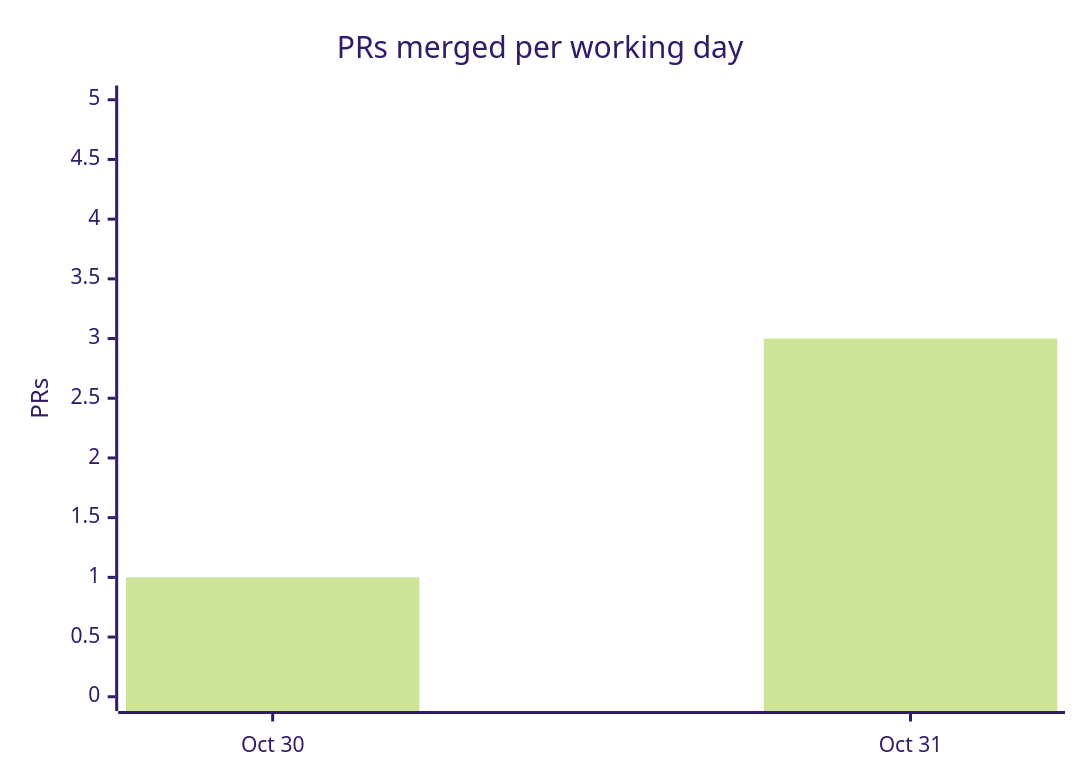
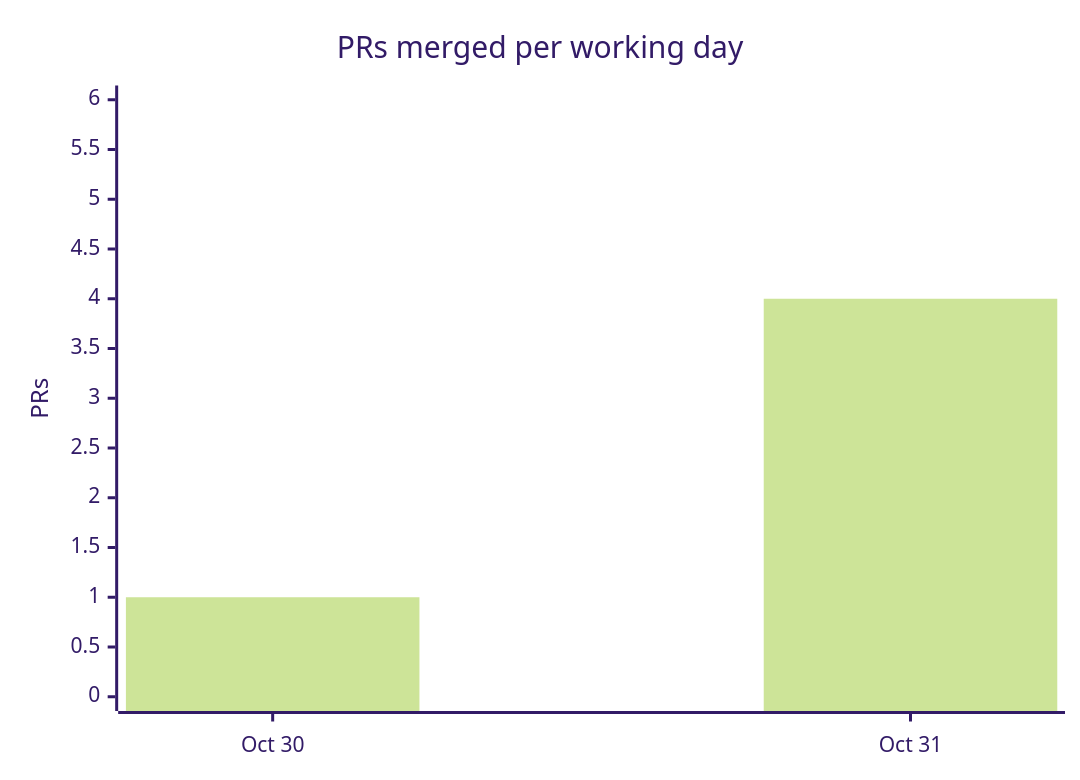
The fourth of 4 diagrams in docs/OVERVIEW.md (cmprssd/nfsh), drawn with Mermaid (forest theme) before and after one commit. The commit also changed other lines of this file and 12 other files, not shown here.

````diff
--- a/docs/OVERVIEW.md
+++ b/docs/OVERVIEW.md
@@ -126,7 +128,7 @@
 ```mermaid
 xychart-beta
     title "PRs merged per working day"
     x-axis ["Oct 30", "Oct 31"]
-    y-axis "PRs" 0 --> 5
-    bar [1, 3]
+    y-axis "PRs" 0 --> 6
+    bar [1, 4]
 ```
````
